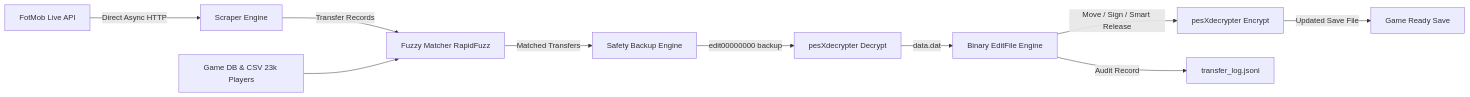
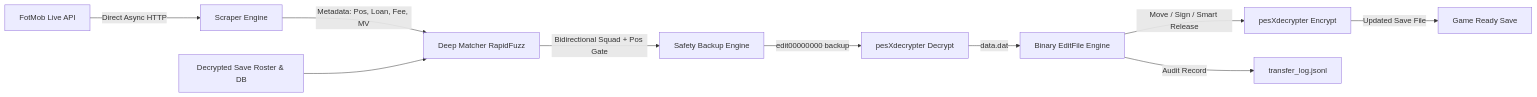
One commit to gvoze32/fldailyedit changed the diagram in README.md. Above: the diagram before and after it, drawn with Mermaid. The commit also changed other lines of this file and 10 other files, not shown here.

````diff
--- a/README.md
+++ b/README.md
@@ -27,12 +30,12 @@
 ```mermaid
 graph LR
     A[FotMob Live API] -->|Direct Async HTTP| B[Scraper Engine]
-    B -->|Transfer Records| C[Fuzzy Matcher RapidFuzz]
-    D[Game DB & CSV 23k Players] --> C
-    C -->|Matched Transfers| E[Safety Backup Engine]
+    B -->|Metadata: Pos, Loan, Fee, MV| C[Deep Matcher RapidFuzz]
+    D[Decrypted Save Roster & DB] --> C
+    C -->|Bidirectional Squad + Pos Gate| E[Safety Backup Engine]
     E -->|edit00000000 backup| F[pesXdecrypter Decrypt]
     F -->|data.dat| G[Binary EditFile Engine]
     G -->|Move / Sign / Smart Release| H[pesXdecrypter Encrypt]
     H -->|Updated Save File| I[Game Ready Save]
     G -->|Audit Record| J[transfer_log.jsonl]
 ```
````
